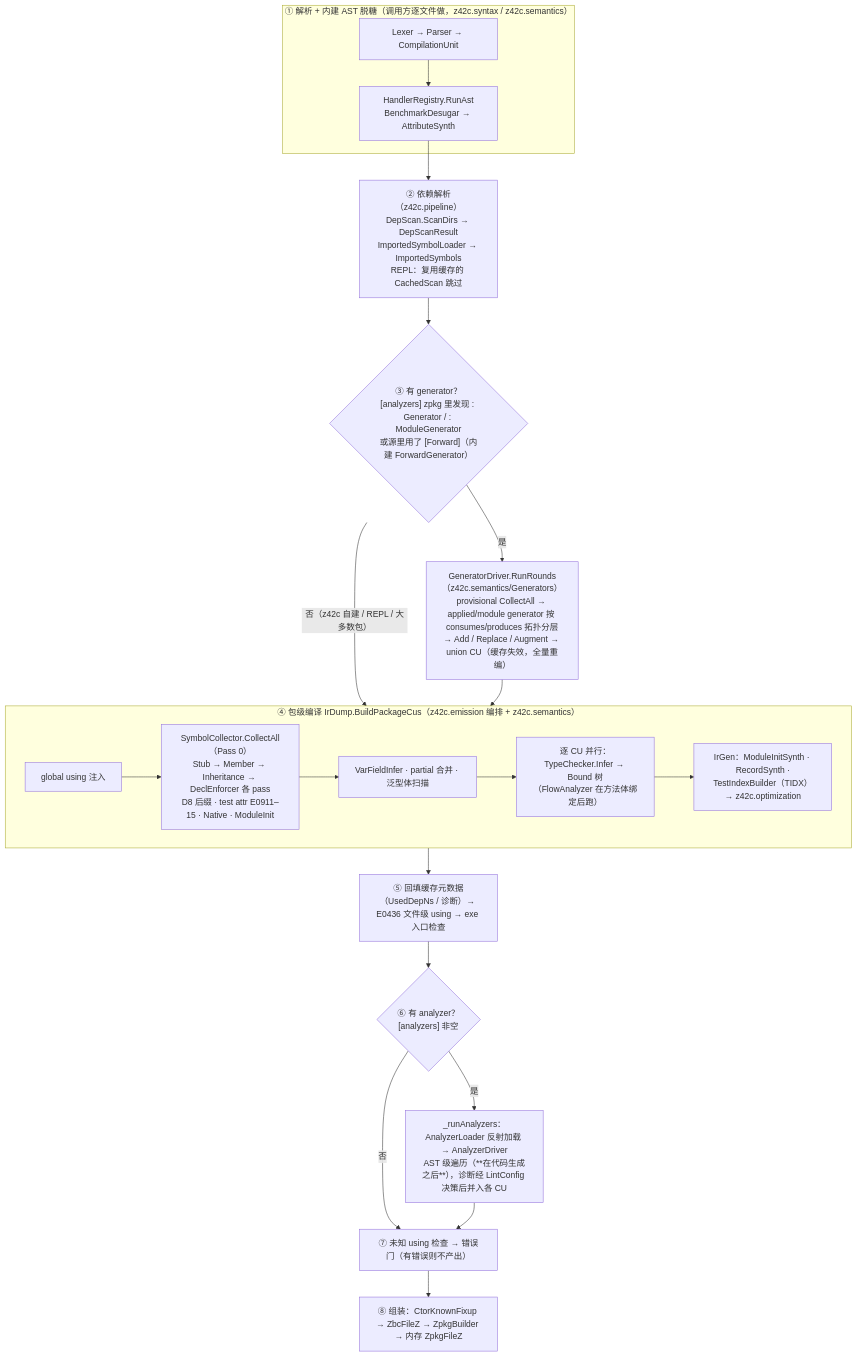
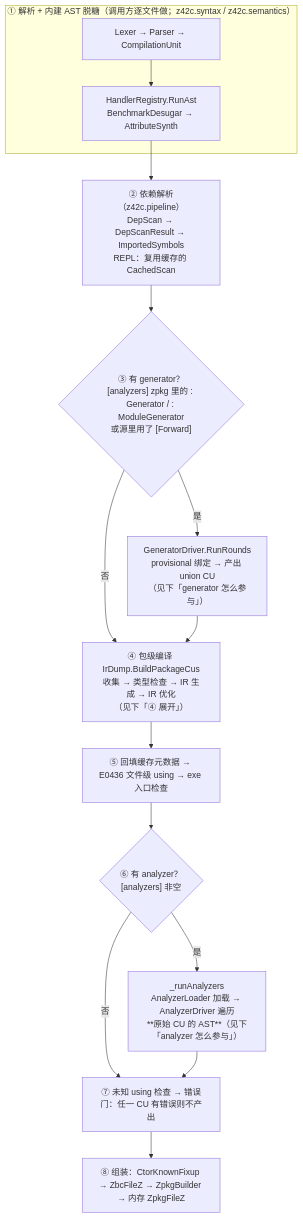
The second of 4 diagrams in docs/internals/src/compiler/source-compile.md (z42-lang/z42), drawn with Mermaid before and after one commit. The commit also changed other lines of this file, not shown here.

Commit message:
docs(compiler): 流程图补 generator/analyzer 时机、代码生成与 IR 优化位置

````diff
--- a/docs/internals/src/compiler/source-compile.md
+++ b/docs/internals/src/compiler/source-compile.md
@@ -25,23 +25,18 @@
 ```mermaid
 flowchart TD
-  subgraph S0["① 解析 + 内建 AST 脱糖（调用方逐文件做，z42c.syntax / z42c.semantics）"]
+  subgraph S0["① 解析 + 内建 AST 脱糖（调用方逐文件做；z42c.syntax / z42c.semantics）"]
     P0[Lexer → Parser → CompilationUnit] --> RA["HandlerRegistry.RunAst<br/>BenchmarkDesugar → AttributeSynth"]
   end
-  RA --> DEP["② 依赖解析（z42c.pipeline）<br/>DepScan.ScanDirs → DepScanResult<br/>ImportedSymbolLoader → ImportedSymbols<br/>REPL：复用缓存的 CachedScan 跳过"]
-  DEP --> GATE{"③ 有 generator？<br/>[analyzers] zpkg 里发现 : Generator / : ModuleGenerator<br/>或源里用了 [Forward]（内建 ForwardGenerator）"}
-  GATE -->|否（z42c 自建 / REPL / 大多数包）| BIND
-  GATE -->|是| GEN["GeneratorDriver.RunRounds（z42c.semantics/Generators）<br/>provisional CollectAll → applied/module generator 按 consumes/produces 拓扑分层<br/>→ Add / Replace / Augment → union CU（缓存失效，全量重编）"]
+  RA --> DEP["② 依赖解析（z42c.pipeline）<br/>DepScan → DepScanResult → ImportedSymbols<br/>REPL：复用缓存的 CachedScan"]
+  DEP --> GATE{"③ 有 generator？<br/>[analyzers] zpkg 里的 : Generator / : ModuleGenerator<br/>或源里用了 [Forward]"}
+  GATE -->|否| BIND
+  GATE -->|是| GEN["GeneratorDriver.RunRounds<br/>provisional 绑定 → 产出 union CU<br/>（见下「generator 怎么参与」）"]
   GEN --> BIND
-  subgraph BIND["④ 包级编译 IrDump.BuildPackageCus（z42c.emission 编排 + z42c.semantics）"]
-    B1["global using 注入"] --> B2["SymbolCollector.CollectAll（Pass 0）<br/>Stub → Member → Inheritance → DeclEnforcer 各 pass<br/>D8 后缀 · test attr E0911–15 · Native · ModuleInit"]
-    B2 --> B3["VarFieldInfer · partial 合并 · 泛型体扫描"]
-    B3 --> B4["逐 CU 并行：TypeChecker.Infer → Bound 树<br/>（FlowAnalyzer 在方法体绑定后跑）"]
-    B4 --> B5["IrGen：ModuleInitSynth · RecordSynth ·<br/>TestIndexBuilder（TIDX）→ z42c.optimization"]
-  end
-  BIND --> POST["⑤ 回填缓存元数据（UsedDepNs / 诊断）→ E0436 文件级 using → exe 入口检查"]
+  BIND["④ 包级编译 IrDump.BuildPackageCus<br/>收集 → 类型检查 → IR 生成 → IR 优化<br/>（见下「④ 展开」）"]
+  BIND --> POST["⑤ 回填缓存元数据 → E0436 文件级 using → exe 入口检查"]
   POST --> AGATE{"⑥ 有 analyzer？<br/>[analyzers] 非空"}
   AGATE -->|否| TAIL
-  AGATE -->|是| AN["_runAnalyzers：AnalyzerLoader 反射加载 → AnalyzerDriver<br/>AST 级遍历（**在代码生成之后**），诊断经 LintConfig 决策后并入各 CU"]
-  AN --> TAIL["⑦ 未知 using 检查 → 错误门（有错误则不产出）"]
+  AGATE -->|是| AN["_runAnalyzers<br/>AnalyzerLoader 加载 → AnalyzerDriver 遍历<br/>**原始 CU 的 AST**（见下「analyzer 怎么参与」）"]
+  AN --> TAIL["⑦ 未知 using 检查 → 错误门：任一 CU 有错误则不产出"]
   TAIL --> ASM["⑧ 组装：CtorKnownFixup → ZbcFileZ → ZpkgBuilder → 内存 ZpkgFileZ"]
 ```
````
